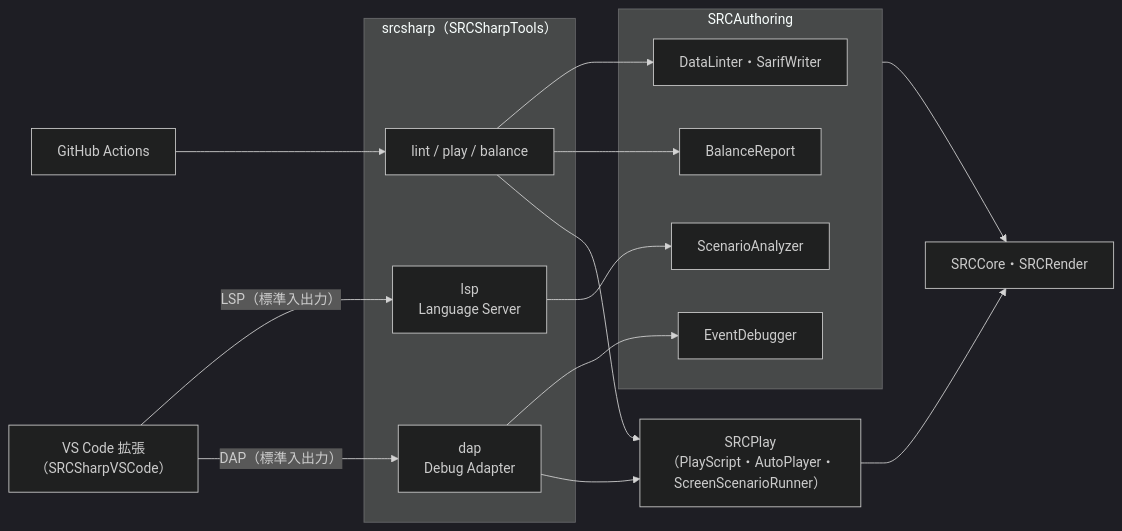
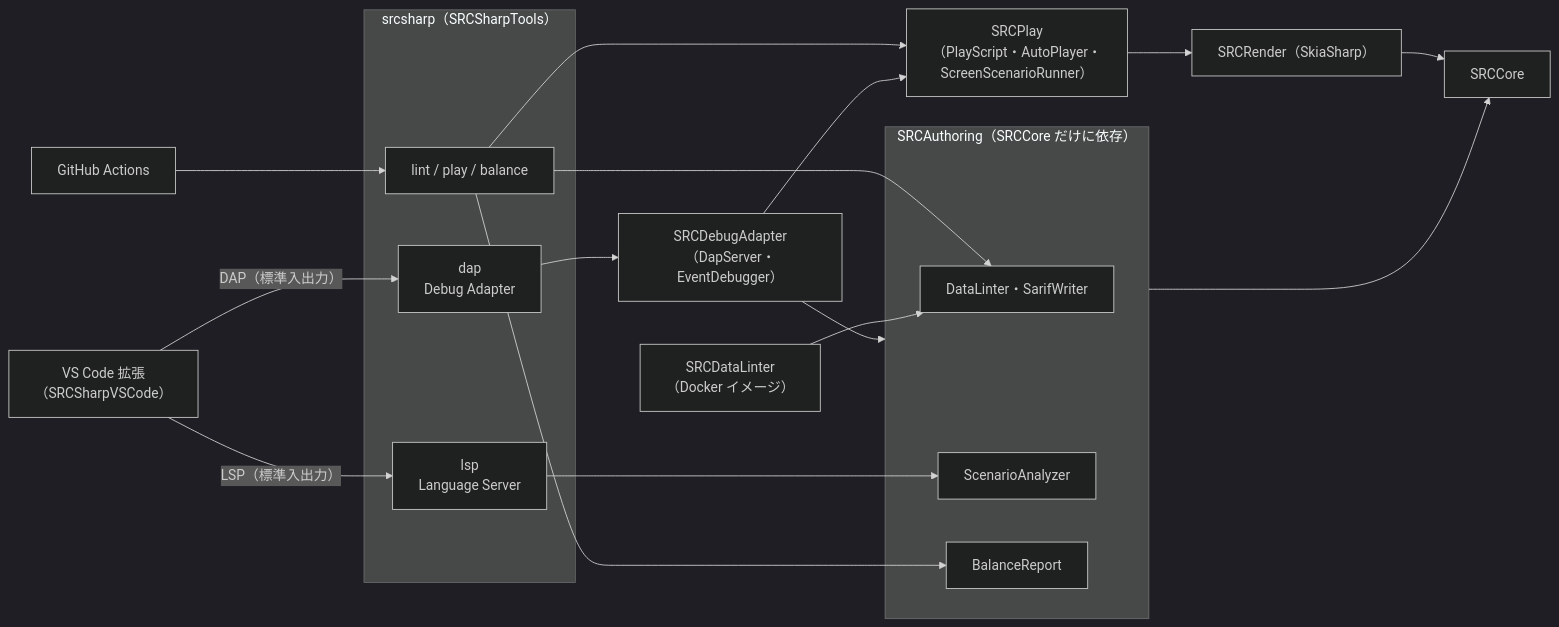
One commit to 7474/SRC changed the diagram in docs/tools/authoring.md. Above: the diagram before and after it, drawn with Mermaid (dark theme). The commit also changed other lines of this file and 14 other files, not shown here.

First line of the commit message:
デバッガを SRCDebugAdapter に分け、SRCDataLinter の検査を SRCAuthoring と共通にする

````diff
--- a/docs/tools/authoring.md
+++ b/docs/tools/authoring.md
@@ -14,24 +14,28 @@
 ```mermaid
 flowchart LR
   subgraph Tools["srcsharp（SRCSharpTools）"]
     CLI["lint / play / balance"]
     LSP["lsp<br/>Language Server"]
     DAP["dap<br/>Debug Adapter"]
   end
-  subgraph Lib["SRCAuthoring"]
+  subgraph Lib["SRCAuthoring（SRCCore だけに依存）"]
     Linter["DataLinter・SarifWriter"]
     Analyzer["ScenarioAnalyzer"]
     Balance["BalanceReport"]
-    Debugger["EventDebugger"]
   end
+  Debugger["SRCDebugAdapter<br/>（DapServer・EventDebugger）"]
   Play["SRCPlay<br/>（PlayScript・AutoPlayer・<br/>ScreenScenarioRunner）"]
-  Core["SRCCore・SRCRender"]
+  Core["SRCCore"]
+  Render["SRCRender（SkiaSharp）"]
+  OldLinter["SRCDataLinter<br/>（Docker イメージ）"]
   CLI --> Linter & Balance & Play
   LSP --> Analyzer
-  DAP --> Debugger & Play
+  DAP --> Debugger
+  Debugger --> Lib & Play
+  OldLinter --> Linter
   Lib --> Core
-  Play --> Core
+  Play --> Render --> Core
   VSCode["VS Code 拡張<br/>（SRCSharpVSCode）"] -- "LSP（標準入出力）" --> LSP
   VSCode -- "DAP（標準入出力）" --> DAP
   CI["GitHub Actions"] --> CLI
 ```
````
